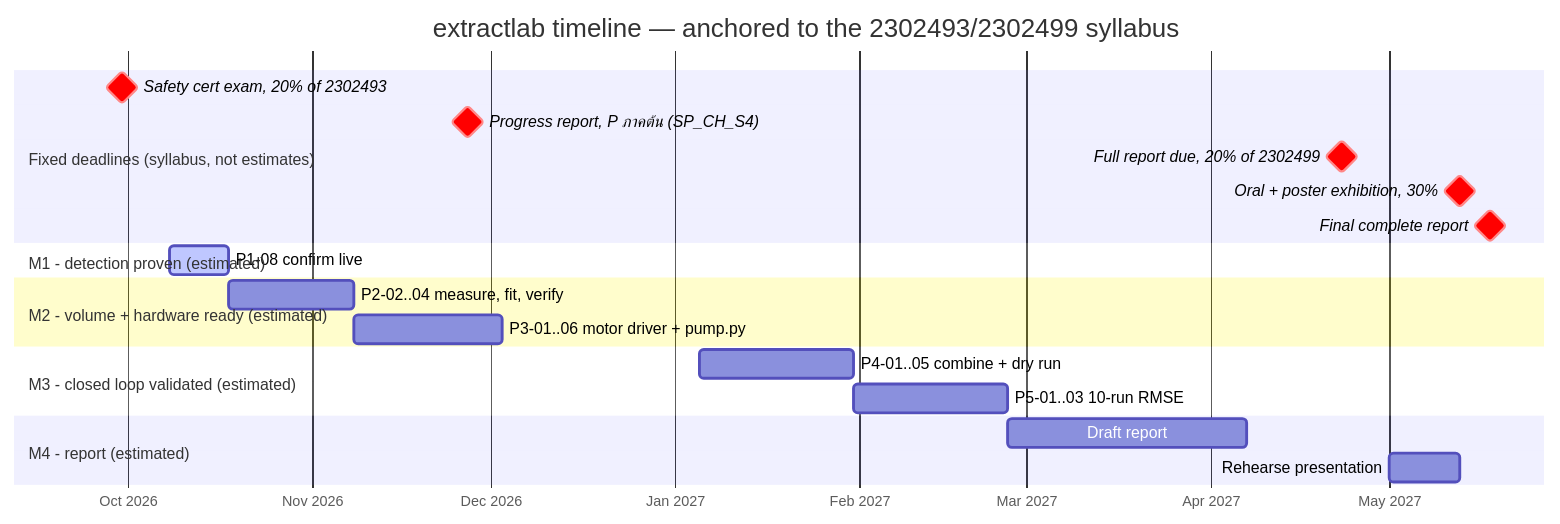
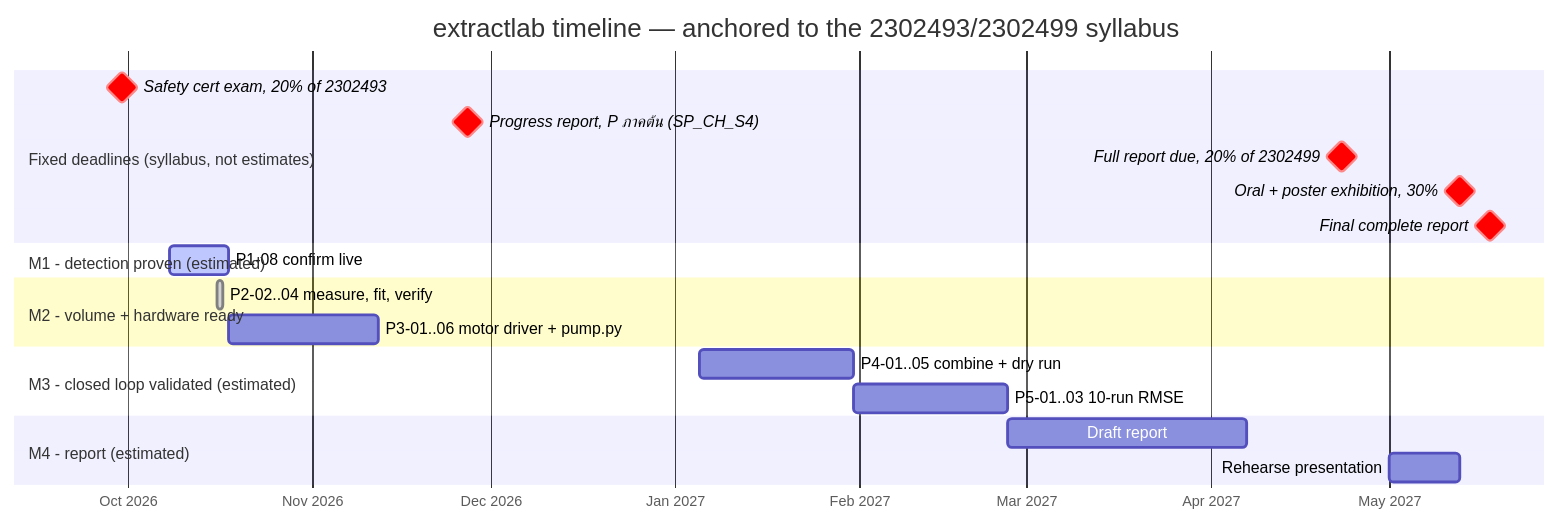
One commit to Cherrpxp/extractlab changed the diagram in docs/developments/02_milestones.md. Above: the diagram before and after it, drawn with Mermaid. The commit also changed other lines of this file and 5 other files, not shown here.

First line of the commit message:
docs: sync roadmap/milestones/sprints/stories/sprint-backlog and README with P2 closing

````diff
--- a/docs/developments/02_milestones.md
+++ b/docs/developments/02_milestones.md
@@ -14,28 +14,28 @@
 ```mermaid
 gantt
     title extractlab timeline — anchored to the 2302493/2302499 syllabus
     dateFormat YYYY-MM-DD
     axisFormat %b %Y
 
     section Fixed deadlines (syllabus, not estimates)
     Safety cert exam, 20% of 2302493        :crit, milestone, dl1, 2026-09-30, 0d
     Progress report, P ภาคต้น (SP_CH_S4)     :crit, milestone, dl2, 2026-11-27, 0d
     Full report due, 20% of 2302499         :crit, milestone, dl3, 2027-04-23, 0d
     Oral + poster exhibition, 30%           :crit, milestone, dl4, 2027-05-13, 0d
     Final complete report                   :crit, milestone, dl5, 2027-05-18, 0d
 
     section M1 - detection proven (estimated)
     P1-08 confirm live                      :active, p1, 2026-10-08, 10d
 
-    section M2 - volume + hardware ready (estimated)
-    P2-02..04 measure, fit, verify          :p2, after p1, 21d
-    P3-01..06 motor driver + pump.py        :p3, after p2, 25d
+    section M2 - volume + hardware ready
+    P2-02..04 measure, fit, verify          :done, p2, 2026-10-16, 1d
+    P3-01..06 motor driver + pump.py        :p3, after p1, 25d
 
     section M3 - closed loop validated (estimated)
     P4-01..05 combine + dry run             :p4, 2027-01-05, 26d
     P5-01..03 10-run RMSE                   :p5, after p4, 26d
 
     section M4 - report (estimated)
     Draft report                            :p7, after p5, 40d
     Rehearse presentation                   :p7b, 2027-05-01, 12d
 ```
````
